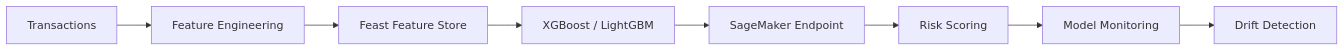
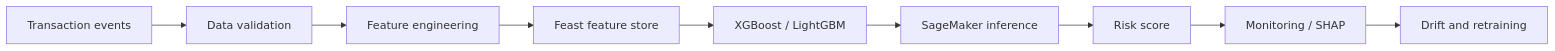
Before and after one commit to divyanarayana190/divyanarayana190: the third of 5 diagrams in README.md, drawn with Mermaid. The commit also changed other lines of this file, not shown here.

````diff
--- a/README.md
+++ b/README.md
@@ -75,10 +233,11 @@
 ```mermaid
 flowchart LR
-    A[Transactions] --> B[Feature Engineering]
-    B --> C[Feast Feature Store]
-    C --> D[XGBoost / LightGBM]
-    D --> E[SageMaker Endpoint]
-    E --> F[Risk Scoring]
-    F --> G[Model Monitoring]
-    G --> H[Drift Detection]
+  T[Transaction events] --> D[Data validation]
+  D --> F[Feature engineering]
+  F --> S[Feast feature store]
+  S --> X[XGBoost / LightGBM]
+  X --> E[SageMaker inference]
+  E --> Q[Risk score]
+  Q --> M[Monitoring / SHAP]
+  M --> C[Drift and retraining]
 ```
````
